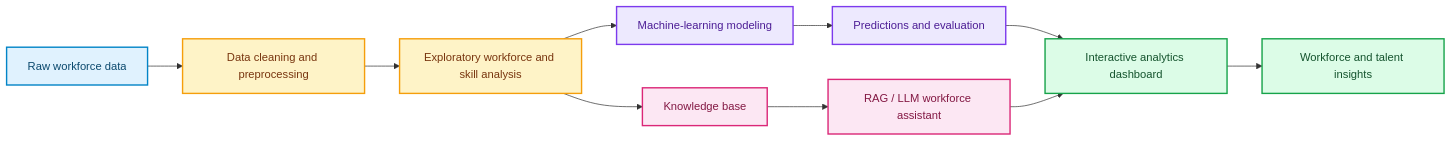
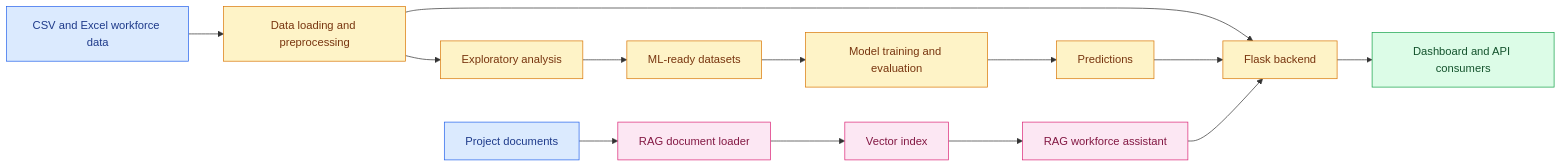
The diagram in README.md (sanjay-22-bhargav/Creation-of-Workforce-Insights-Dashboard-for-Employee-Skill-and-Analytics), drawn with Mermaid before and after one commit. The commit also changed other lines of this file, not shown here.

Commit message:
docs: improve root README with detailed project guide

````diff
--- a/README.md
+++ b/README.md
@@ -43,24 +58,25 @@
 ```mermaid
 flowchart LR
-    A[Raw workforce data] --> B[Data cleaning and preprocessing]
-    B --> C[Exploratory workforce and skill analysis]
-    C --> D[Machine-learning modeling]
-    D --> E[Predictions and evaluation]
-    C --> F[Knowledge base]
-    F --> G[RAG / LLM workforce assistant]
-    E --> H[Interactive analytics dashboard]
-    G --> H
-    H --> I[Workforce and talent insights]
+    A[CSV and Excel workforce data] --> B[Data loading and preprocessing]
+    B --> C[Exploratory analysis]
+    C --> D[ML-ready datasets]
+    D --> E[Model training and evaluation]
+    E --> F[Predictions]
+    B --> G[Flask backend]
+    F --> G
+    G --> H[Dashboard and API consumers]
+    I[Project documents] --> J[RAG document loader]
+    J --> K[Vector index]
+    K --> L[RAG workforce assistant]
+    L --> G
 
-    classDef source fill:#E0F2FE,stroke:#0284C7,color:#0C4A6E,stroke-width:2px;
-    classDef process fill:#FEF3C7,stroke:#F59E0B,color:#78350F,stroke-width:2px;
-    classDef model fill:#EDE9FE,stroke:#7C3AED,color:#4C1D95,stroke-width:2px;
-    classDef assistant fill:#FCE7F3,stroke:#DB2777,color:#831843,stroke-width:2px;
-    classDef output fill:#DCFCE7,stroke:#16A34A,color:#14532D,stroke-width:2px;
+    classDef source fill:#dbeafe,stroke:#2563eb,color:#1e3a8a;
+    classDef process fill:#fef3c7,stroke:#d97706,color:#78350f;
+    classDef output fill:#dcfce7,stroke:#16a34a,color:#14532d;
+    classDef ai fill:#fce7f3,stroke:#db2777,color:#831843;
 
-    class A source;
-    class B,C process;
-    class D,E model;
-    class F,G assistant;
-    class H,I output;
+    class A,I source;
+    class B,C,D,E,F,G process;
+    class H output;
+    class J,K,L ai;
 ```
````
